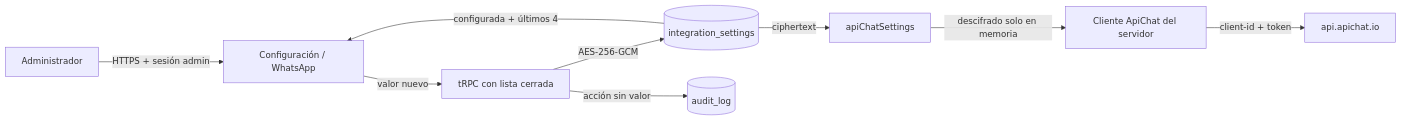
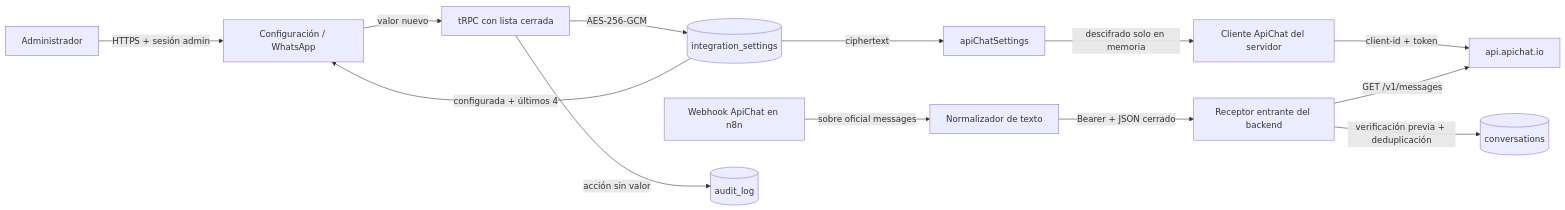
The diagram in docs/MAPA_VARIABLES_INTEGRACION.md (langgraph-aisa/reclutamiento-aisa-agent), drawn with Mermaid before and after one commit. The commit also changed other lines of this file and 61 other files, not shown here.

````diff
--- a/docs/MAPA_VARIABLES_INTEGRACION.md
+++ b/docs/MAPA_VARIABLES_INTEGRACION.md
@@ -35,11 +36,15 @@
 ```mermaid
 flowchart LR
   A[Administrador] -->|HTTPS + sesión admin| U[Configuración / WhatsApp]
   U -->|valor nuevo| T[tRPC con lista cerrada]
   T -->|AES-256-GCM| P[(integration_settings)]
   P -->|ciphertext| R[apiChatSettings]
   R -->|descifrado solo en memoria| C[Cliente ApiChat del servidor]
   C -->|client-id + token| X[api.apichat.io]
+  W[Webhook ApiChat en n8n] -->|sobre oficial messages| N[Normalizador de texto]
+  N -->|Bearer + JSON cerrado| B[Receptor entrante del backend]
+  B -->|GET /v1/messages| X
+  B -->|verificación previa + deduplicación| D[(conversations)]
   T -->|acción sin valor| L[(audit_log)]
   P -->|configurada + últimos 4| U
 ```
````
